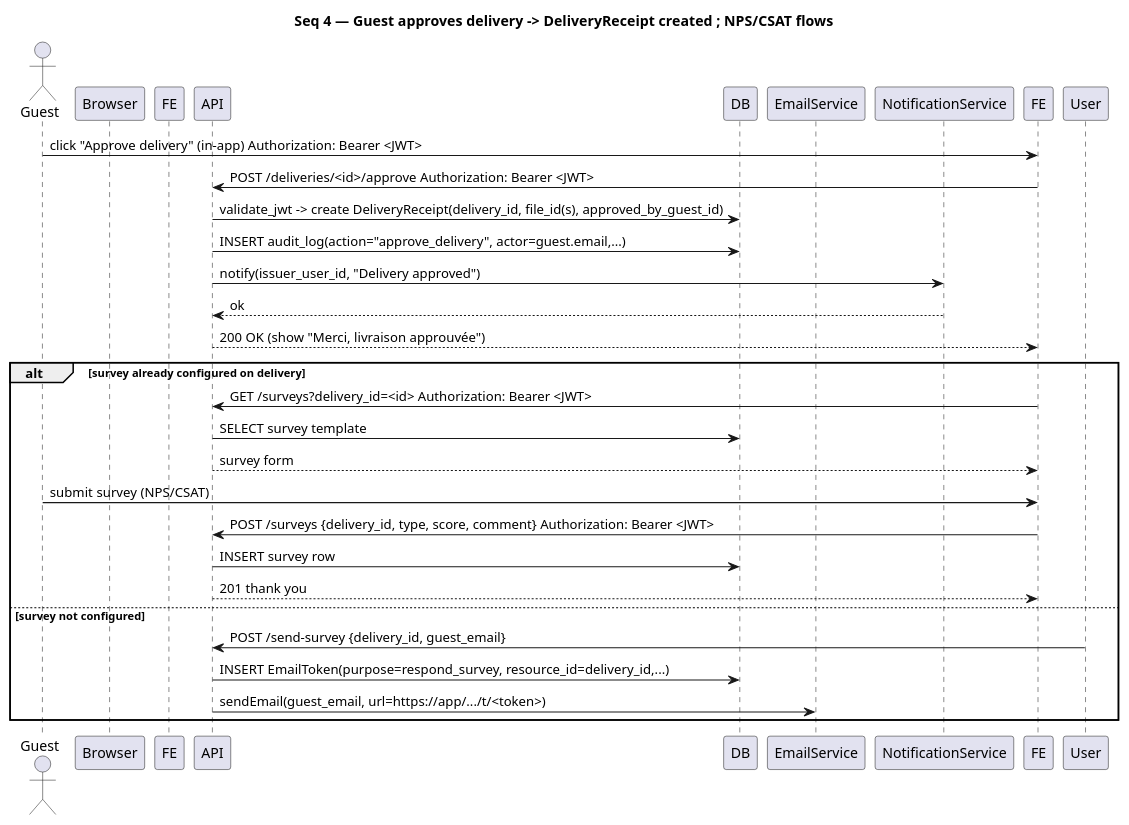
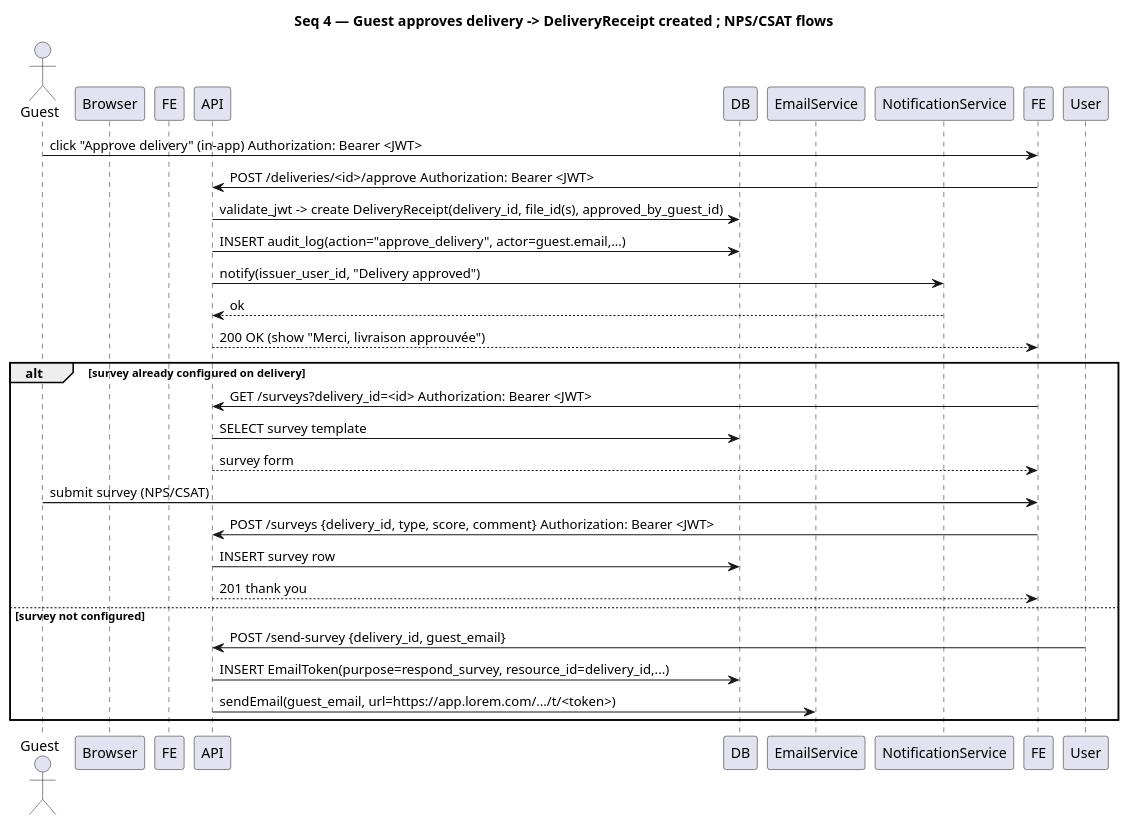
Before and after one commit to AnicetJonhia/quality_tracker: the diagram in conception/UML/Sequence/seq4_approve_and_survey.puml, drawn with PlantUML. The commit also changed 9 other files, not shown here.

Commit message:
sequence diagram overview

```diff
--- a/conception/UML/Sequence/seq4_approve_and_survey.puml
+++ b/conception/UML/Sequence/seq4_approve_and_survey.puml
@@ -1,38 +1,38 @@
 @startuml
 title Seq 4 — Guest approves delivery -> DeliveryReceipt created ; NPS/CSAT flows
 
 actor Guest
 participant Browser
 participant FE as FrontendApp
 participant API
 participant DB
 participant EmailService
 participant NotificationService
 
 ' Approval path
 Guest -> FE : click "Approve delivery" (in-app) Authorization: Bearer <JWT>
 FE -> API : POST /deliveries/<id>/approve Authorization: Bearer <JWT>
 API -> DB : validate_jwt -> create DeliveryReceipt(delivery_id, file_id(s), approved_by_guest_id)
 API -> DB : INSERT audit_log(action="approve_delivery", actor=guest.email,...)
 API -> NotificationService : notify(issuer_user_id, "Delivery approved")
 NotificationService --> API : ok
 API --> FE : 200 OK (show "Merci, livraison approuvée")
 
 ' NPS/CSAT immediate (if survey configured for delivery)
 alt survey already configured on delivery
   FE -> API : GET /surveys?delivery_id=<id> Authorization: Bearer <JWT>
   API -> DB : SELECT survey template
   API --> FE : survey form
   Guest -> FE : submit survey (NPS/CSAT)
   FE -> API : POST /surveys {delivery_id, type, score, comment} Authorization: Bearer <JWT>
   API -> DB : INSERT survey row
   API --> FE : 201 thank you
 else survey not configured
   note right: User can later create/send EmailToken for survey (same pattern as delivery link)
   ' Example: user triggers email_token for survey:
   User -> API : POST /send-survey {delivery_id, guest_email}
   API -> DB : INSERT EmailToken(purpose=respond_survey, resource_id=delivery_id,...)
-  API -> EmailService : sendEmail(guest_email, url=https://app/.../t/<token>)
+  API -> EmailService : sendEmail(guest_email, url=https://app.lorem.com/.../t/<token>)
 end
 
 @enduml
```
